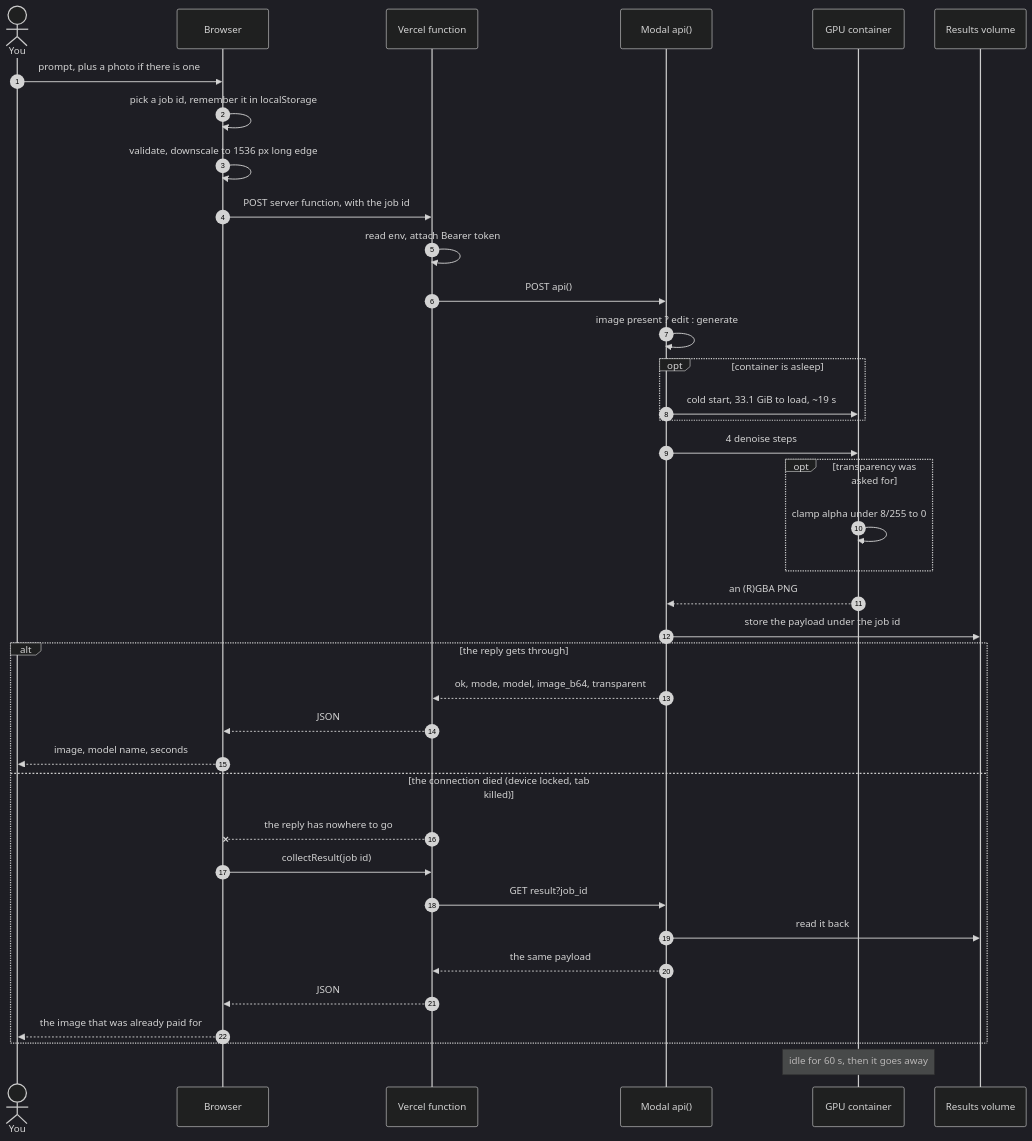
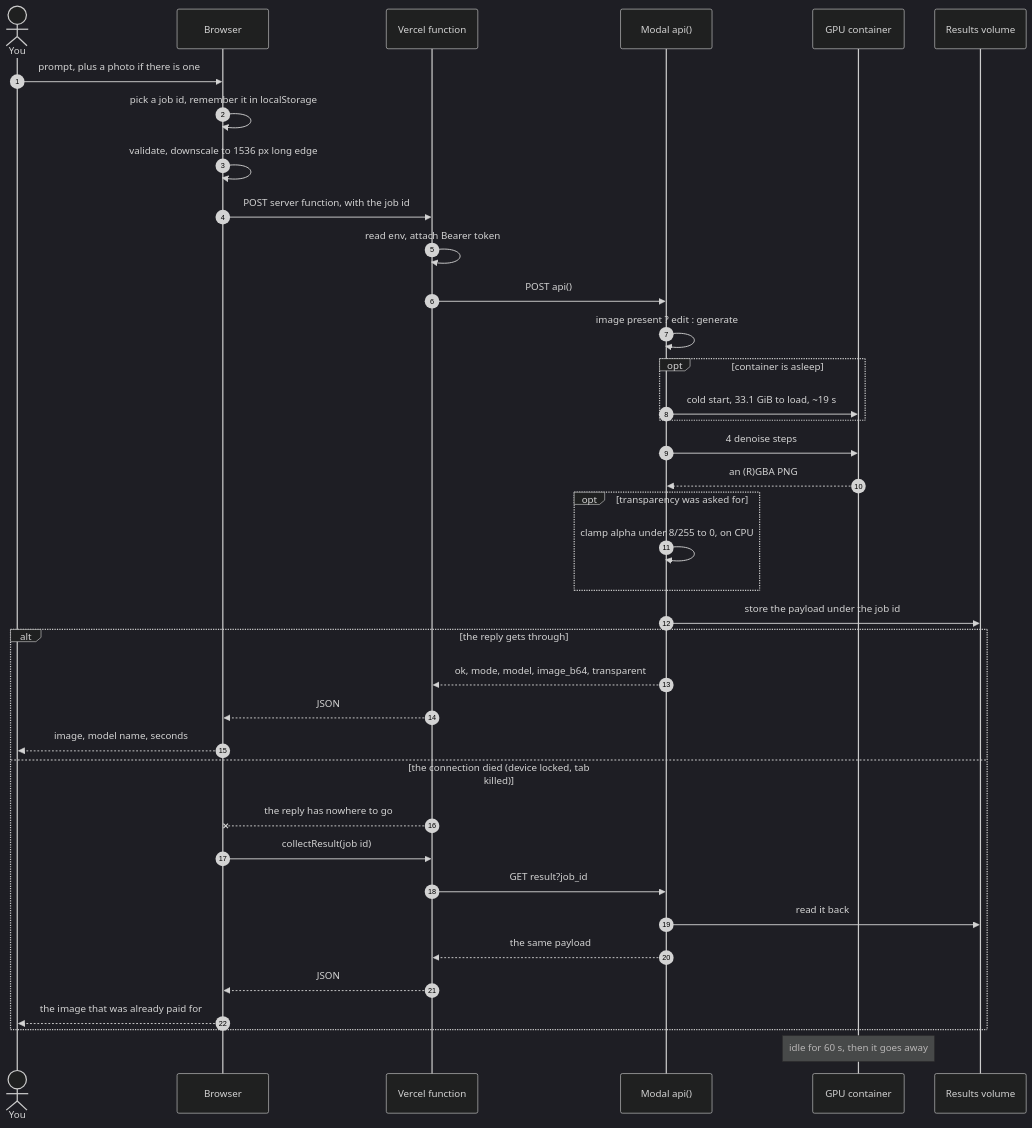
One commit to kusalkalinga00/latent-image-generator changed the second of 2 diagrams in README.md. Above: the diagram before and after it, drawn with Mermaid (dark theme). The commit also changed other lines of this file and 8 other files, not shown here.

````diff
--- a/README.md
+++ b/README.md
@@ -201,41 +206,41 @@
 ```mermaid
 sequenceDiagram
   autonumber
   actor U as You
   participant B as Browser
   participant F as Vercel function
   participant A as Modal api()
   participant G as GPU container
   participant R as Results volume
 
   U->>B: prompt, plus a photo if there is one
   B->>B: pick a job id, remember it in localStorage
   B->>B: validate, downscale to 1536 px long edge
   B->>F: POST server function, with the job id
   F->>F: read env, attach Bearer token
   F->>A: POST api()
   A->>A: image present ? edit : generate
   opt container is asleep
     A->>G: cold start, 33.1 GiB to load, ~19 s
   end
   A->>G: 4 denoise steps
+  G-->>A: an (R)GBA PNG
   opt transparency was asked for
-    G->>G: clamp alpha under 8/255 to 0
+    A->>A: clamp alpha under 8/255 to 0, on CPU
   end
-  G-->>A: an (R)GBA PNG
   A->>R: store the payload under the job id
   alt the reply gets through
     A-->>F: ok, mode, model, image_b64, transparent
     F-->>B: JSON
     B-->>U: image, model name, seconds
   else the connection died (device locked, tab killed)
     F--xB: the reply has nowhere to go
     B->>F: collectResult(job id)
     F->>A: GET result?job_id
     A->>R: read it back
     A-->>F: the same payload
     F-->>B: JSON
     B-->>U: the image that was already paid for
   end
   Note over G: idle for 60 s, then it goes away
 ```
````
